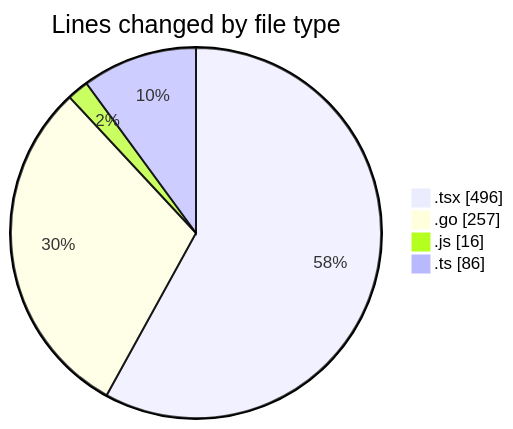
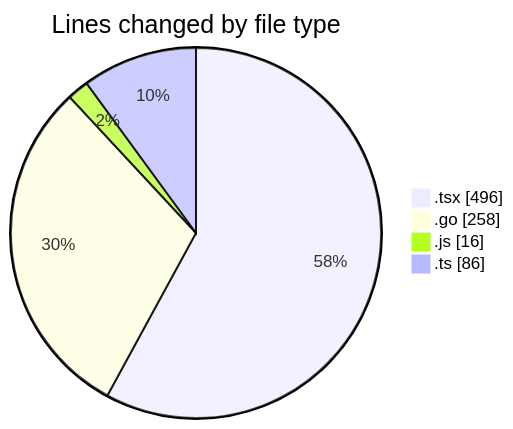
Before and after one commit to robertbonfada/code-tracking: the first of 2 diagrams in 2025-03-04/termonied_testador/README.md, drawn with Mermaid. The commit also changed other lines of this file and 1 other file, not shown here.

````diff
--- a/2025-03-04/termonied_testador/README.md
+++ b/2025-03-04/termonied_testador/README.md
@@ -26,8 +26,8 @@
 ```mermaid
 pie showData
 title Lines changed by file type
 ".tsx" : 496
-".go" : 257
+".go" : 258
 ".js" : 16
 ".ts" : 86
 ```
````
